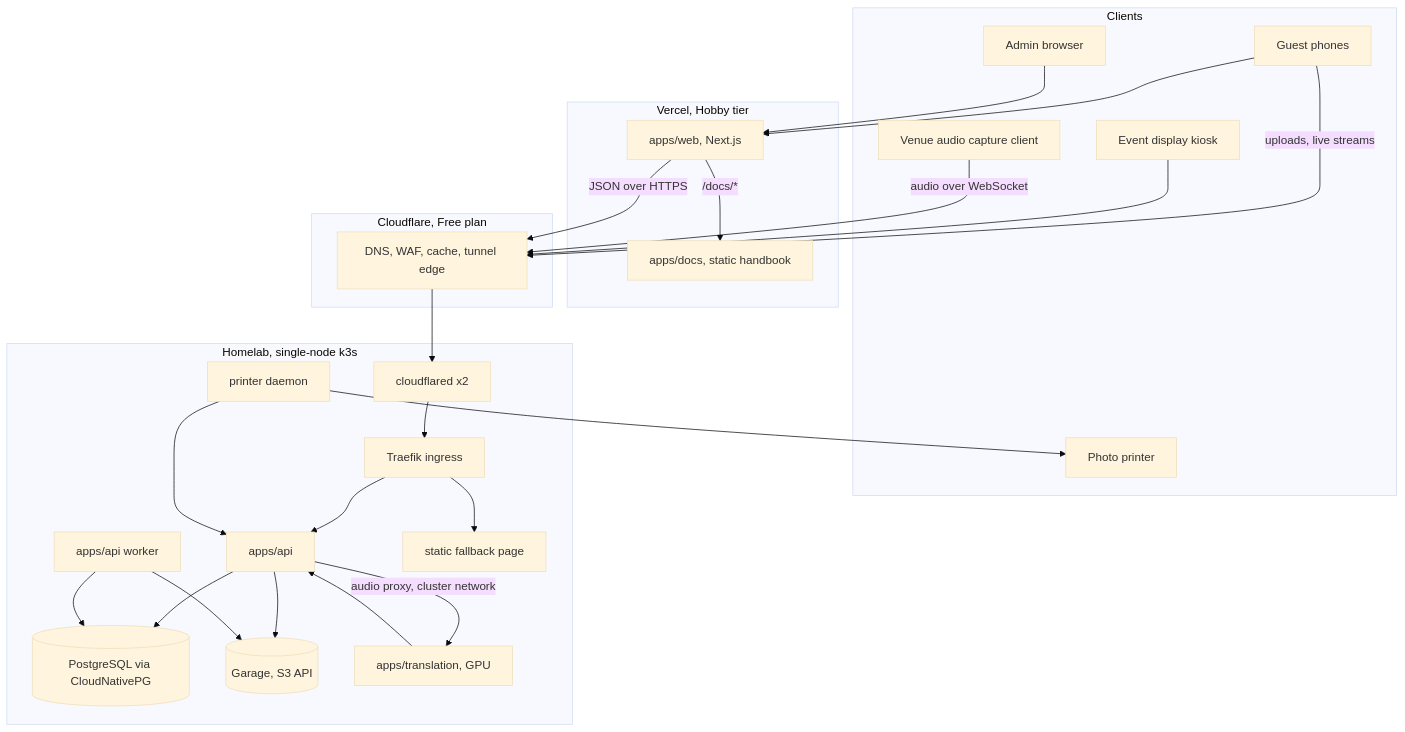
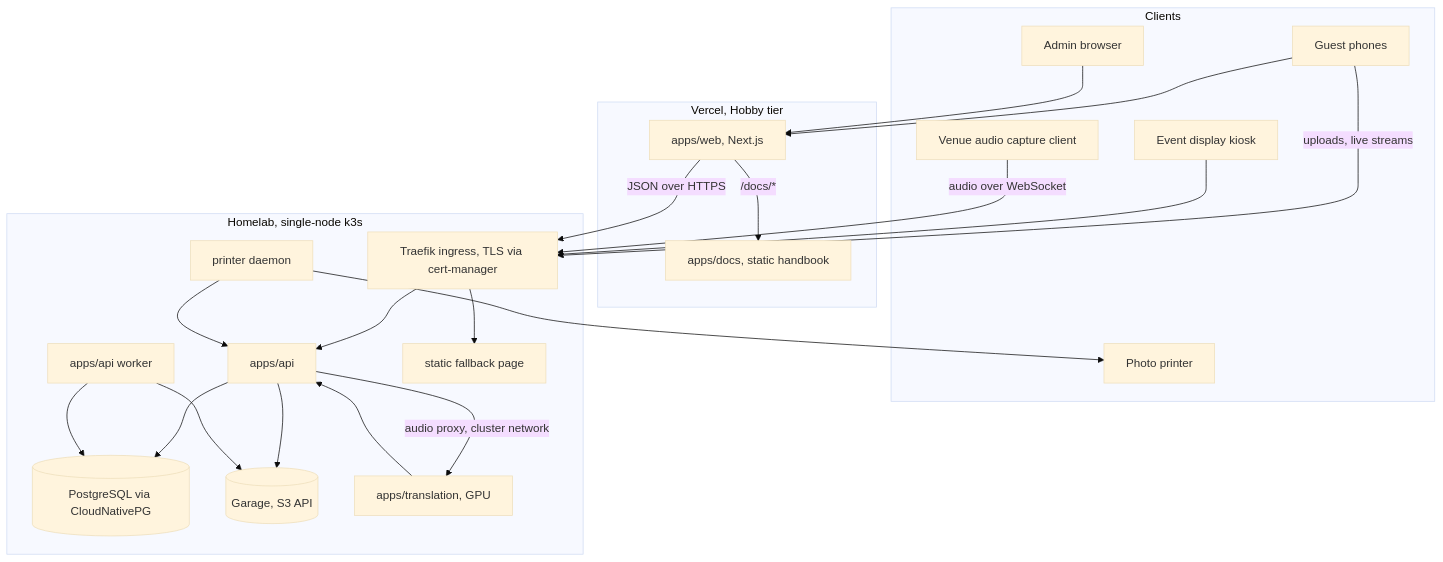
One commit to fuisl/vgu-graduation changed the diagram in docs/architecture/target/system-context.md. Above: the diagram before and after it, drawn with Mermaid (base theme). The commit also changed other lines of this file and 16 other files, not shown here.

````diff
--- a/docs/architecture/target/system-context.md
+++ b/docs/architecture/target/system-context.md
@@ -3,46 +3,41 @@
 ```mermaid
 flowchart TB
   subgraph clients ["Clients"]
     Guest["Guest phones"]
     Admin["Admin browser"]
     AV["Venue audio capture client"]
     Kiosk["Event display kiosk"]
     Printer["Photo printer"]
   end
   subgraph edge ["Vercel, Hobby tier"]
     Web["apps/web, Next.js"]
     Docs["apps/docs, static handbook"]
   end
-  subgraph cf ["Cloudflare, Free plan"]
-    CFEdge["DNS, WAF, cache, tunnel edge"]
-  end
   subgraph k3s ["Homelab, single-node k3s"]
-    CFD["cloudflared x2"]
-    Traefik["Traefik ingress"]
+    Traefik["Traefik ingress, TLS via cert-manager"]
     API["apps/api"]
     Worker["apps/api worker"]
     PG[("PostgreSQL via CloudNativePG")]
     Garage[("Garage, S3 API")]
     Trans["apps/translation, GPU"]
     PrintD["printer daemon"]
     Fallback["static fallback page"]
   end
   Guest --> Web
   Admin --> Web
   Web -- "/docs/*" --> Docs
-  Web -- "JSON over HTTPS" --> CFEdge
-  Guest -- "uploads, live streams" --> CFEdge
-  Kiosk --> CFEdge
-  CFEdge --> CFD --> Traefik
+  Web -- "JSON over HTTPS" --> Traefik
+  Guest -- "uploads, live streams" --> Traefik
+  Kiosk --> Traefik
   Traefik --> API
   Traefik --> Fallback
   API --> PG
   API --> Garage
   Worker --> PG
   Worker --> Garage
-  AV -- "audio over WebSocket" --> CFEdge
+  AV -- "audio over WebSocket" --> Traefik
   API -- "audio proxy, cluster network" --> Trans
   Trans --> API
   PrintD --> API
   PrintD --> Printer
 ```
````
